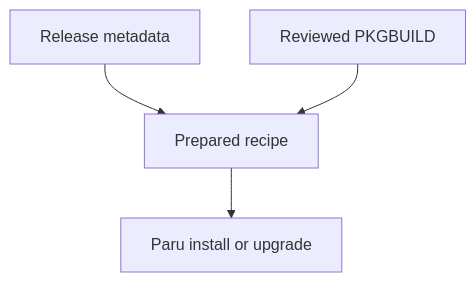
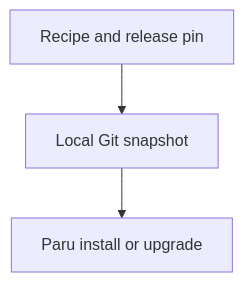
Before and after one commit to sneivandt/dotfiles: the diagram in docs/content/guides/package-management.md, drawn with Mermaid. The commit also changed other lines of this file and 38 other files, not shown here.

````diff
--- a/docs/content/guides/package-management.md
+++ b/docs/content/guides/package-management.md
@@ -229,8 +230,7 @@
 ```mermaid
 flowchart TB
     accTitle: Preparing and installing a custom Arch package
     accDescr: Release metadata and reviewed recipes produce snapshots for Paru. Package installation or upgrade is a separate step.
-    Release["Release metadata"] --> Snapshot["Prepared recipe"]
-    Recipe["Reviewed PKGBUILD"] --> Snapshot
+    Inputs["Recipe and release pin"] --> Snapshot["Local Git snapshot"]
     Snapshot --> Paru["Paru install or upgrade"]
 ```
````
